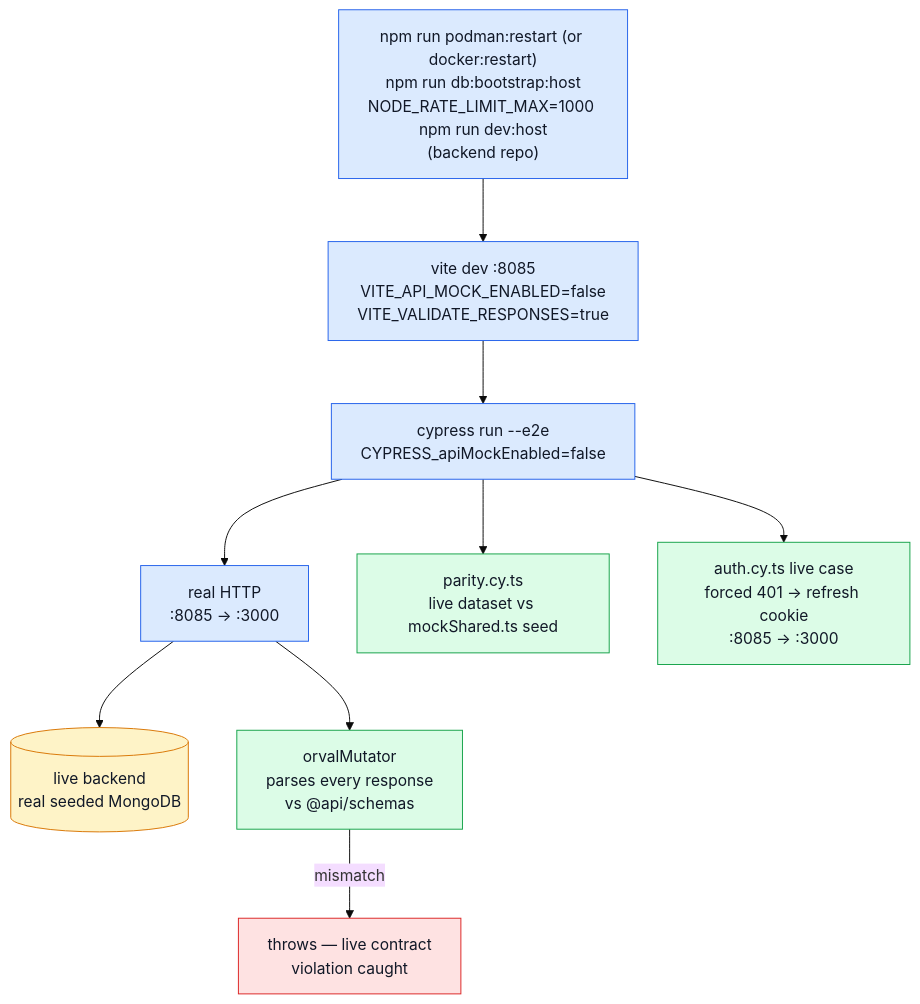
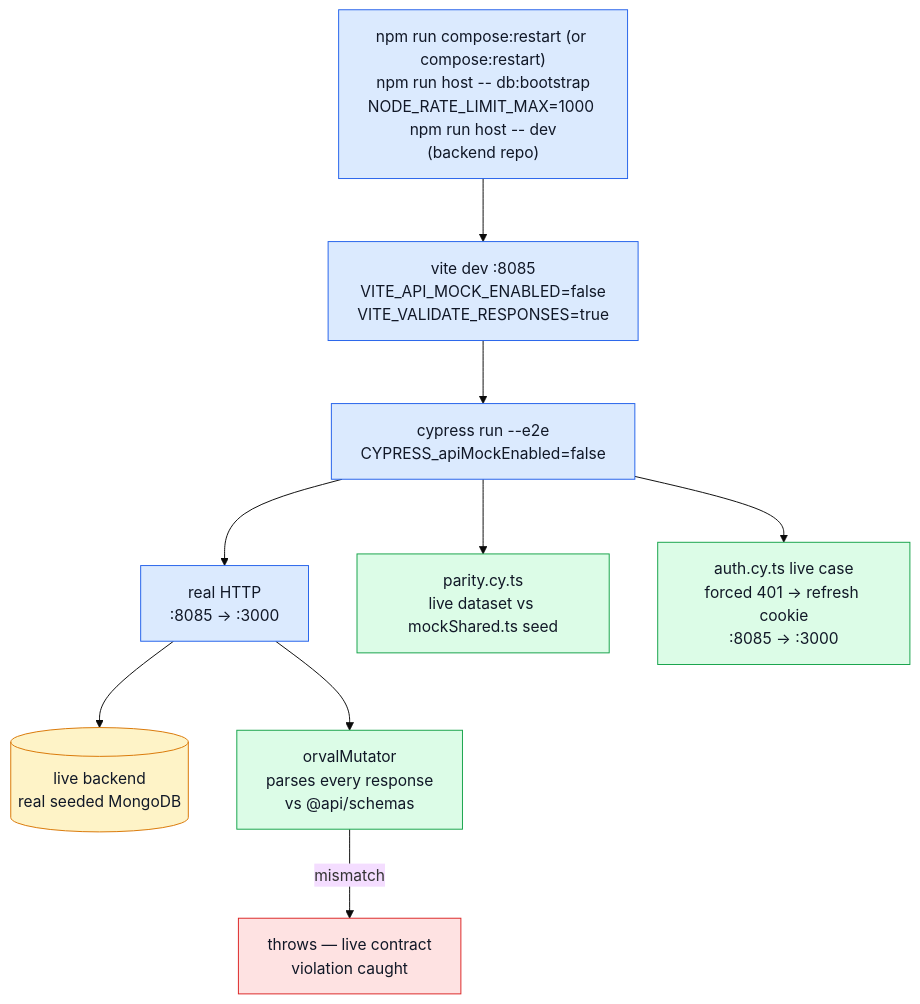
One commit to Guebbit/boilerplate-vue-frontend changed the diagram in docs/tools/live-e2e.md. Above: the diagram before and after it, drawn with Mermaid (base theme). The commit also changed other lines of this file and 51 other files, not shown here.

````diff
--- a/docs/tools/live-e2e.md
+++ b/docs/tools/live-e2e.md
@@ -27,21 +27,21 @@
 ```mermaid
 %%{init: {'flowchart': {'nodeSpacing': 50, 'rankSpacing': 65}}}%%
 flowchart TB
-    Boot["npm run podman:restart (or docker:restart)\nnpm run db:bootstrap:host\nNODE_RATE_LIMIT_MAX=1000 npm run dev:host\n(backend repo)"] --> Vite["vite dev :8085\nVITE_API_MOCK_ENABLED=false\nVITE_VALIDATE_RESPONSES=true"]
+    Boot["npm run compose:restart (or compose:restart)\nnpm run host -- db:bootstrap\nNODE_RATE_LIMIT_MAX=1000 npm run host -- dev\n(backend repo)"] --> Vite["vite dev :8085\nVITE_API_MOCK_ENABLED=false\nVITE_VALIDATE_RESPONSES=true"]
     Vite --> Cypress["cypress run --e2e\nCYPRESS_apiMockEnabled=false"]
     Cypress --> Real["real HTTP\n:8085 → :3000"]
     Real --> Backend[("live backend\nreal seeded MongoDB")]
     Real --> Mutator["orvalMutator\nparses every response\nvs @api/schemas"]
     Mutator -->|mismatch| Fail["throws — live contract\nviolation caught"]
     Cypress --> Parity["parity.cy.ts\nlive dataset vs mockShared.ts seed"]
     Cypress --> Refresh["auth.cy.ts live case\nforced 401 → refresh cookie\n:8085 → :3000"]
 
     classDef step fill:#dbeafe,stroke:#2563eb,color:#111827;
     classDef check fill:#dcfce7,stroke:#16a34a,color:#111827;
     classDef fail fill:#fee2e2,stroke:#dc2626,color:#111827;
     classDef data fill:#fef3c7,stroke:#d97706,color:#111827;
     class Boot,Vite,Cypress,Real step;
     class Mutator,Parity,Refresh check;
     class Fail fail;
     class Backend data;
 ```
````
